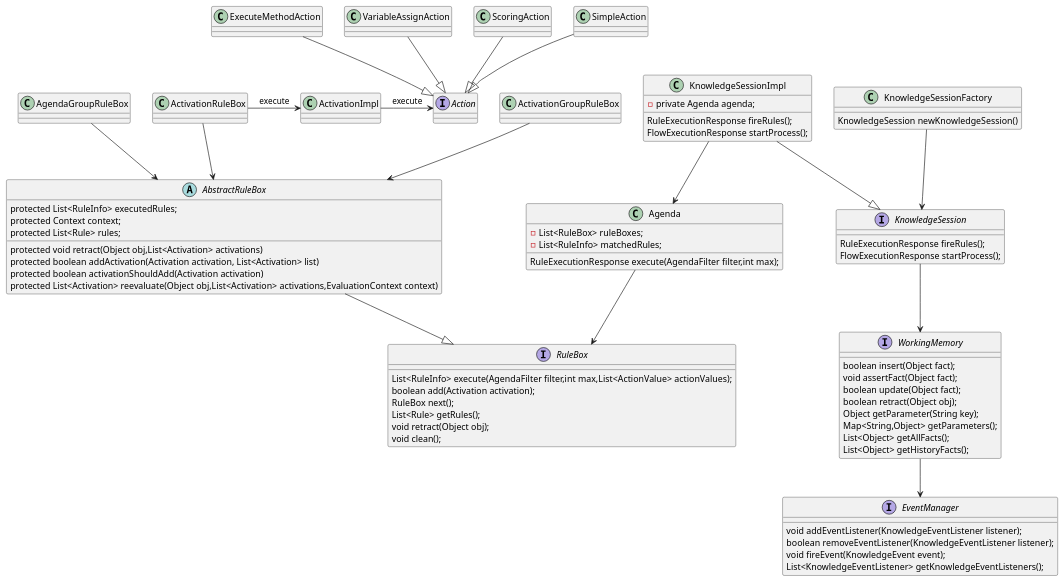
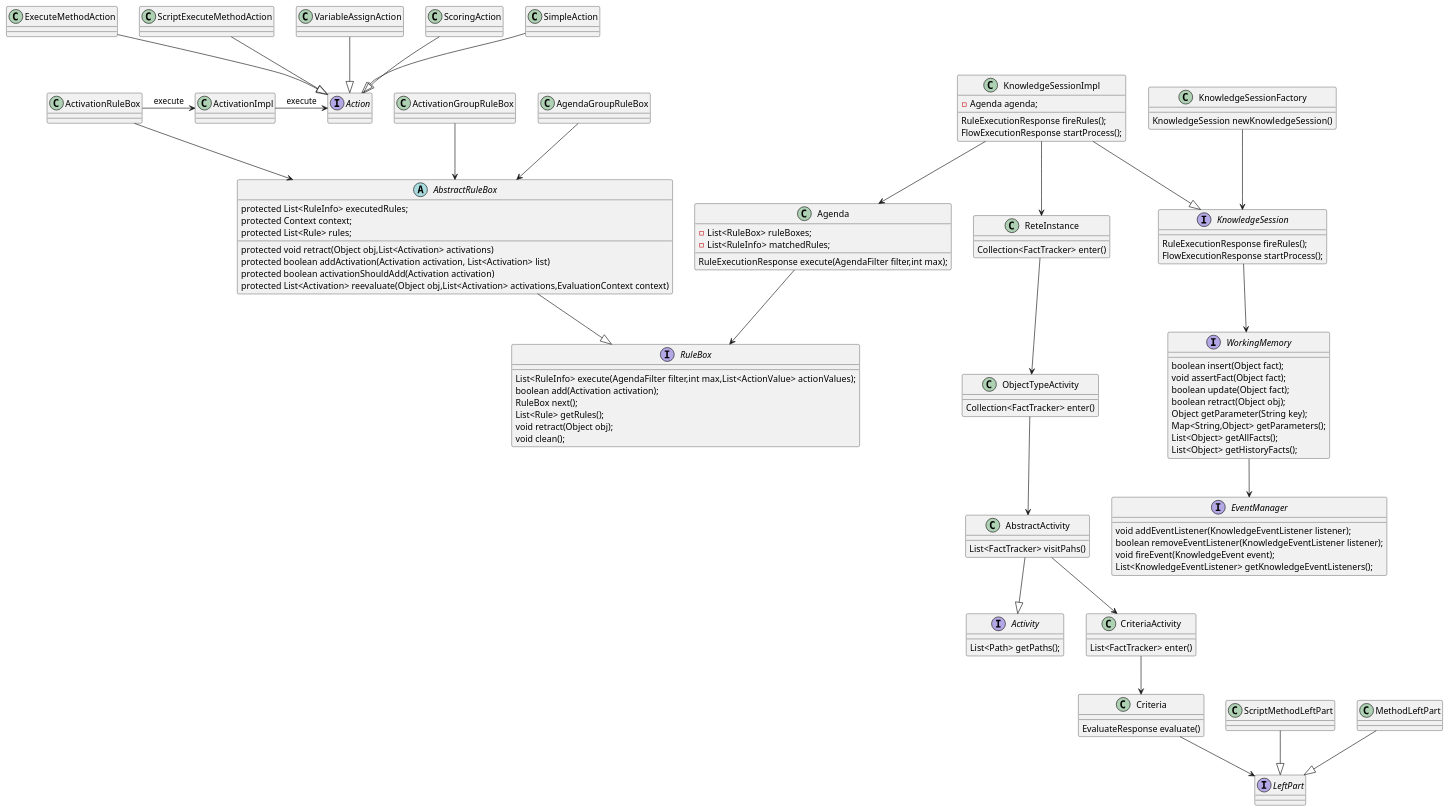
The diagram in urule-core/core-class.puml (apaqi/rule), drawn with PlantUML before and after one commit.

Commit message:
修改类图
修改类图

```diff
--- a/urule-core/core-class.puml
+++ b/urule-core/core-class.puml
@@ -1,107 +1,151 @@
 @startuml
 class KnowledgeSessionFactory{
   KnowledgeSession newKnowledgeSession()
 }
 
 interface EventManager{
     void addEventListener(KnowledgeEventListener listener);
 	boolean removeEventListener(KnowledgeEventListener listener);
 	void fireEvent(KnowledgeEvent event);
 	List<KnowledgeEventListener> getKnowledgeEventListeners();
 }
 
 interface WorkingMemory{
     boolean insert(Object fact);
 	void assertFact(Object fact);
 	boolean update(Object fact);
 	boolean retract(Object obj);
 	Object getParameter(String key);
 	Map<String,Object> getParameters();
 	List<Object> getAllFacts();
 	List<Object> getHistoryFacts();
 }
 
 interface KnowledgeSession{
     RuleExecutionResponse fireRules();
     FlowExecutionResponse startProcess();
 }
 class KnowledgeSessionImpl{
-    -private Agenda agenda;
+    - Agenda agenda;
     RuleExecutionResponse fireRules();
     FlowExecutionResponse startProcess();
 }
+
 class Agenda{
  - List<RuleBox> ruleBoxes;
  - List<RuleInfo> matchedRules;
  RuleExecutionResponse execute(AgendaFilter filter,int max);
 }
 
 interface RuleBox{
 	List<RuleInfo> execute(AgendaFilter filter,int max,List<ActionValue> actionValues);
 	boolean add(Activation activation);
 	RuleBox next();
 	List<Rule> getRules();
 	void retract(Object obj);
 	void clean();
 }
 
 Abstract class AbstractRuleBox{
     protected List<RuleInfo> executedRules;
 	protected Context context;
 	protected List<Rule> rules;
 
 	protected void retract(Object obj,List<Activation> activations)
 	protected boolean addActivation(Activation activation, List<Activation> list)
 	protected boolean activationShouldAdd(Activation activation)
 	protected List<Activation> reevaluate(Object obj,List<Activation> activations,EvaluationContext context)
 }
 
 class ActivationGroupRuleBox{
 
 }
 class ActivationRuleBox{
 
 }
 
 class AgendaGroupRuleBox{
 
 }
 ''' todo '''
 '''interface KnowledgeEvent{
 '''    KnowledgeSession getKnowledgeSession();
 '''}
 
 class ActivationImpl{
 }
 
 interface Action{
 
 }
 
 class ExecuteMethodAction{
 }
 
+
+'''rete'''
+class ReteInstance{
+  Collection<FactTracker> enter()
+}
+
+class ObjectTypeActivity{
+    Collection<FactTracker> enter()
+}
+
+class AbstractActivity{
+  List<FactTracker> visitPahs()
+}
+
+interface Activity{
+  List<Path> getPaths();
+}
+
+class CriteriaActivity{
+ List<FactTracker> enter()
+}
+
+class Criteria{
+   EvaluateResponse evaluate()
+}
+
+interface LeftPart{
+}
+
+class ScriptMethodLeftPart{
+}
+
 KnowledgeSessionFactory --> KnowledgeSession
 WorkingMemory -->EventManager
 KnowledgeSession-->WorkingMemory
 KnowledgeSessionImpl --|> KnowledgeSession
 KnowledgeSessionImpl-->Agenda
+KnowledgeSessionImpl-->ReteInstance
+
 Agenda-->RuleBox
 AbstractRuleBox --|> RuleBox
 
 ActivationGroupRuleBox --> AbstractRuleBox
 ActivationRuleBox --> AbstractRuleBox
 AgendaGroupRuleBox --> AbstractRuleBox
 
 ActivationRuleBox->ActivationImpl :execute
 
 
 ActivationImpl->Action :execute
 '''action 实现类'''
 ExecuteMethodAction --|> Action
+ScriptExecuteMethodAction --|> Action
 VariableAssignAction --|> Action
 ScoringAction --|> Action
 SimpleAction --|> Action
+'''rete'''
+ReteInstance -->ObjectTypeActivity
+ObjectTypeActivity -->AbstractActivity
+AbstractActivity --|>  Activity
+AbstractActivity-->CriteriaActivity
+CriteriaActivity --> Criteria
 
-
+Criteria --> LeftPart
+ScriptMethodLeftPart --|> LeftPart
+MethodLeftPart --|> LeftPart
 @enduml
```
